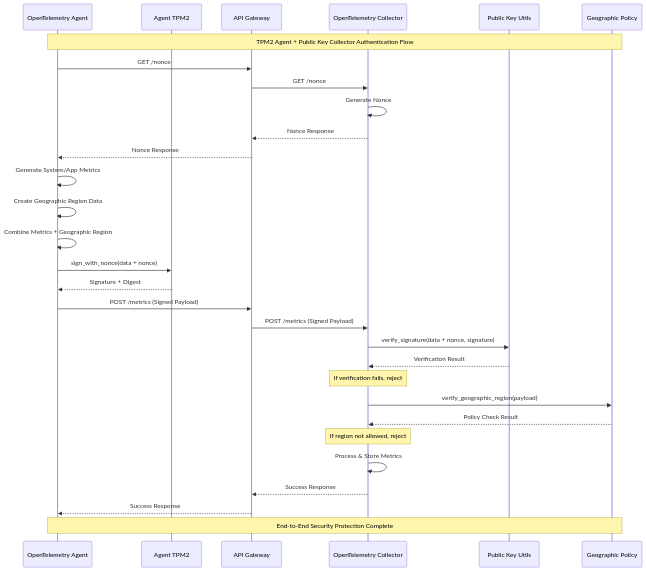
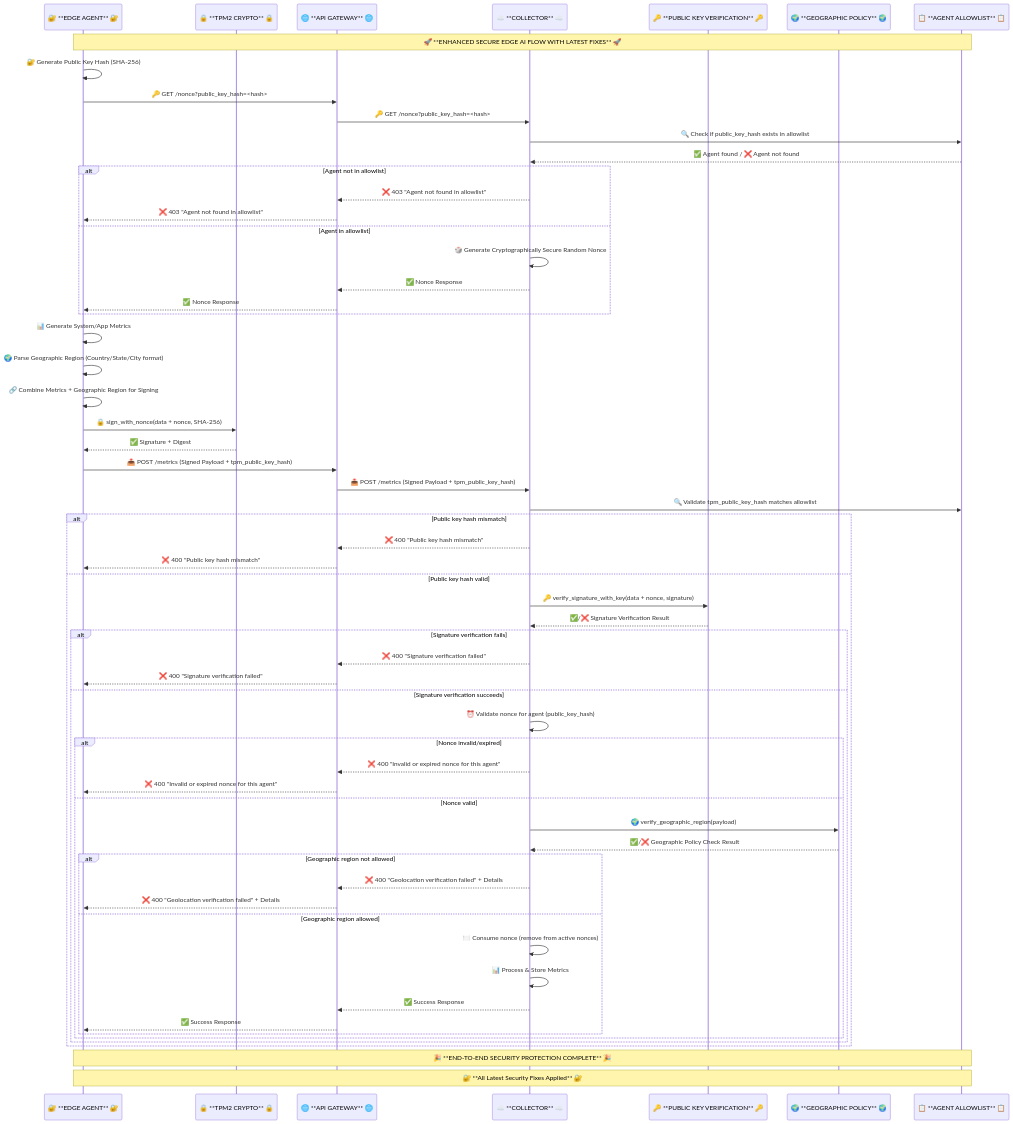
One commit to lfedgeai/AegisEdgeAI changed the diagram in README.md. Above: the diagram before and after it, drawn with Mermaid. The commit also changed other lines of this file, not shown here.

````diff
--- a/README.md
+++ b/README.md
@@ -37,48 +54,80 @@
 ```mermaid
 sequenceDiagram
-    participant Agent as OpenTelemetry Agent
-    participant TPM2_A as Agent TPM2
-    participant Gateway as API Gateway
-    participant Collector as OpenTelemetry Collector
-    participant PK_Utils as Public Key Utils
-    participant Policy as Geographic Policy
+    participant Agent as 🔐 **EDGE AGENT** 🔐
+    participant TPM2_A as 🔒 **TPM2 CRYPTO** 🔒
+    participant Gateway as 🌐 **API GATEWAY** 🌐
+    participant Collector as ☁️ **COLLECTOR** ☁️
+    participant PK_Utils as 🔑 **PUBLIC KEY VERIFICATION** 🔑
+    participant Policy as 🌍 **GEOGRAPHIC POLICY** 🌍
+    participant Allowlist as 📋 **AGENT ALLOWLIST** 📋
 
-    Note over Agent,Policy: TPM2 Agent + Public Key Collector Authentication Flow
+    Note over Agent,Allowlist: 🚀 **ENHANCED SECURE EDGE AI FLOW WITH LATEST FIXES** 🚀
 
-    %% Step 1: Agent requests nonce
-    Agent->>Gateway: GET /nonce
-    Gateway->>Collector: GET /nonce
-    Collector->>Collector: Generate Nonce
-    Collector-->>Gateway: Nonce Response
-    Gateway-->>Agent: Nonce Response
+    %% Step 1: Agent generates public key hash and requests nonce
+    Agent->>Agent: 🔐 Generate Public Key Hash (SHA-256)
+    Agent->>Gateway: 🔑 GET /nonce?public_key_hash=<hash>
+    Gateway->>Collector: 🔑 GET /nonce?public_key_hash=<hash>
+    
+    %% Step 1.5: Collector validates agent in allowlist before nonce generation
+    Collector->>Allowlist: 🔍 Check if public_key_hash exists in allowlist
+    Allowlist-->>Collector: ✅ Agent found / ❌ Agent not found
+    alt Agent not in allowlist
+        Collector-->>Gateway: ❌ 403 "Agent not found in allowlist"
+        Gateway-->>Agent: ❌ 403 "Agent not found in allowlist"
+    else Agent in allowlist
+        Collector->>Collector: 🎲 Generate Cryptographically Secure Random Nonce
+        Collector-->>Gateway: ✅ Nonce Response
+        Gateway-->>Agent: ✅ Nonce Response
+    end
 
-    %% Step 2: Agent generates metrics with geographic region
-    Agent->>Agent: Generate System/App Metrics
-    Agent->>Agent: Create Geographic Region Data
-    Agent->>Agent: Combine Metrics + Geographic Region
+    %% Step 2: Agent generates metrics with dynamic geographic region
+    Agent->>Agent: 📊 Generate System/App Metrics
+    Agent->>Agent: 🌍 Parse Geographic Region (Country/State/City format)
+    Agent->>Agent: 🔗 Combine Metrics + Geographic Region for Signing
 
     %% Step 3: Agent signs combined data with nonce using TPM2
-    Agent->>TPM2_A: sign_with_nonce(data + nonce)
-    TPM2_A-->>Agent: Signature + Digest
+    Agent->>TPM2_A: 🔒 sign_with_nonce(data + nonce, SHA-256)
+    TPM2_A-->>Agent: ✅ Signature + Digest
 
-    %% Step 4: Agent sends signed payload
-    Agent->>Gateway: POST /metrics (Signed Payload)
-    Gateway->>Collector: POST /metrics (Signed Payload)
+    %% Step 4: Agent sends signed payload with public key hash
+    Agent->>Gateway: 📤 POST /metrics (Signed Payload + tpm_public_key_hash)
+    Gateway->>Collector: 📤 POST /metrics (Signed Payload + tpm_public_key_hash)
 
-    %% Step 5: Collector verifies signature using public key
-    Collector->>PK_Utils: verify_signature(data + nonce, signature)
-    PK_Utils-->>Collector: Verification Result
-    Note over Collector: If verification fails, reject
+    %% Step 5: Collector validates public key hash and verifies signature
+    Collector->>Allowlist: 🔍 Validate tpm_public_key_hash matches allowlist
+    alt Public key hash mismatch
+        Collector-->>Gateway: ❌ 400 "Public key hash mismatch"
+        Gateway-->>Agent: ❌ 400 "Public key hash mismatch"
+    else Public key hash valid
+        Collector->>PK_Utils: 🔑 verify_signature_with_key(data + nonce, signature)
+        PK_Utils-->>Collector: ✅/❌ Signature Verification Result
+        alt Signature verification fails
+            Collector-->>Gateway: ❌ 400 "Signature verification failed"
+            Gateway-->>Agent: ❌ 400 "Signature verification failed"
+        else Signature verification succeeds
+            %% Step 6: Collector validates nonce for this specific agent
+            Collector->>Collector: ⏰ Validate nonce for agent (public_key_hash)
+            alt Nonce invalid/expired
+                Collector-->>Gateway: ❌ 400 "Invalid or expired nonce for this agent"
+                Gateway-->>Agent: ❌ 400 "Invalid or expired nonce for this agent"
+            else Nonce valid
+                %% Step 7: Collector validates geographic region with detailed error messages
+                Collector->>Policy: 🌍 verify_geographic_region(payload)
+                Policy-->>Collector: ✅/❌ Geographic Policy Check Result
+                alt Geographic region not allowed
+                    Collector-->>Gateway: ❌ 400 "Geolocation verification failed" + Details
+                    Gateway-->>Agent: ❌ 400 "Geolocation verification failed" + Details
+                else Geographic region allowed
+                    %% Step 8: Collector processes metrics and consumes nonce
+                    Collector->>Collector: 🍽️ Consume nonce (remove from active nonces)
+                    Collector->>Collector: 📊 Process & Store Metrics
+                    Collector-->>Gateway: ✅ Success Response
+                    Gateway-->>Agent: ✅ Success Response
+                end
+            end
+        end
+    end
 
-    %% Step 6: Collector validates geographic region
-    Collector->>Policy: verify_geographic_region(payload)
-    Policy-->>Collector: Policy Check Result
-    Note over Collector: If region not allowed, reject
-
-    %% Step 7: Collector processes metrics
-    Collector->>Collector: Process & Store Metrics
-    Collector-->>Gateway: Success Response
-    Gateway-->>Agent: Success Response
-
-    Note over Agent,Policy: End-to-End Security Protection Complete
+    Note over Agent,Allowlist: 🎉 **END-TO-END SECURITY PROTECTION COMPLETE** 🎉
+    Note over Agent,Allowlist: 🔐 **All Latest Security Fixes Applied** 🔐
 ```
````
